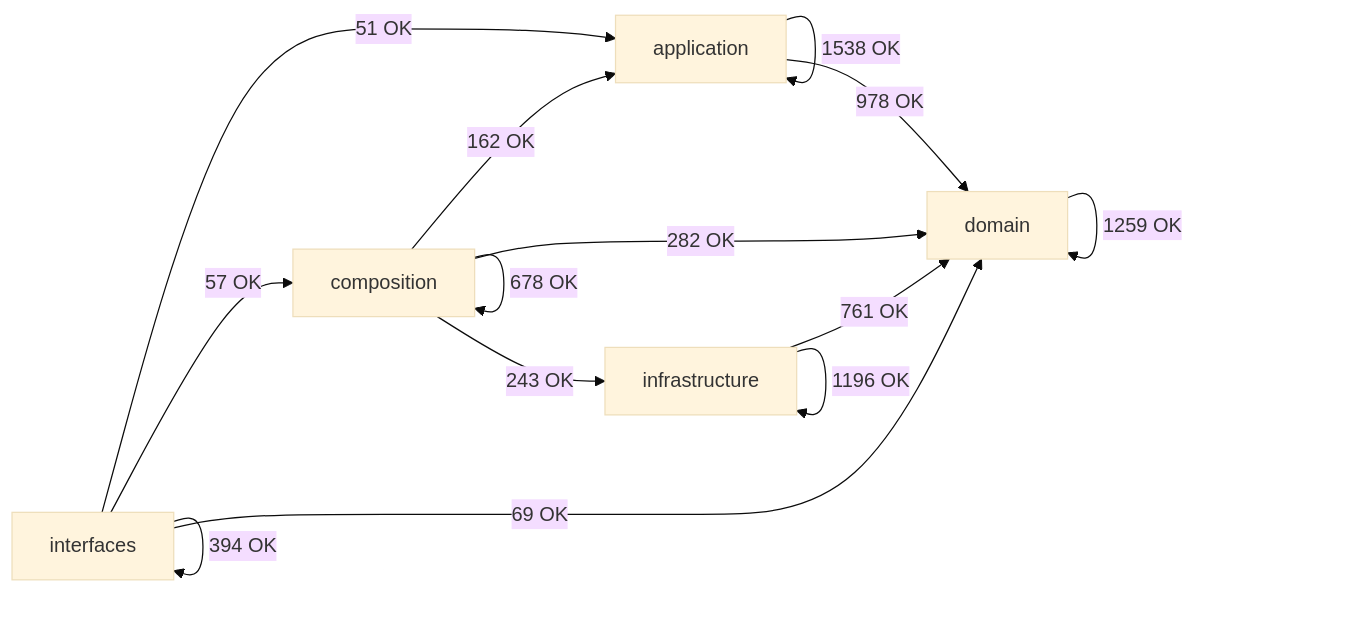
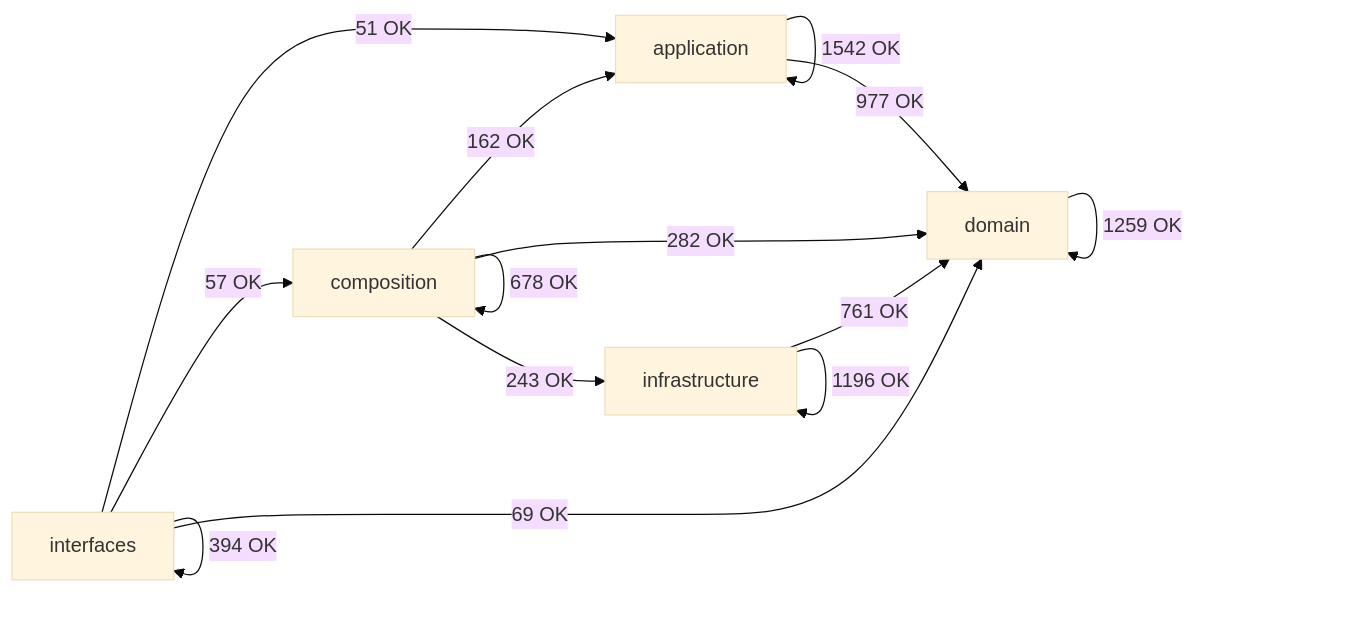
Before and after one commit to SatoryKono/BioactivityDataAcquisition: the diagram in docs/02-architecture/generated/module-dependency-map.md, drawn with Mermaid (base theme). The commit also changed other lines of this file and 6 other files, not shown here.

````diff
--- a/docs/02-architecture/generated/module-dependency-map.md
+++ b/docs/02-architecture/generated/module-dependency-map.md
@@ -17,21 +17,21 @@
 ```mermaid
 flowchart LR
     domain[domain]
     application[application]
     infrastructure[infrastructure]
     composition[composition]
     interfaces[interfaces]
-    application -->|1538 OK| application
-    application -->|978 OK| domain
+    application -->|1542 OK| application
+    application -->|977 OK| domain
     composition -->|162 OK| application
     composition -->|678 OK| composition
     composition -->|282 OK| domain
     composition -->|243 OK| infrastructure
     domain -->|1259 OK| domain
     infrastructure -->|761 OK| domain
     infrastructure -->|1196 OK| infrastructure
     interfaces -->|51 OK| application
     interfaces -->|57 OK| composition
     interfaces -->|69 OK| domain
     interfaces -->|394 OK| interfaces
 ```
````
